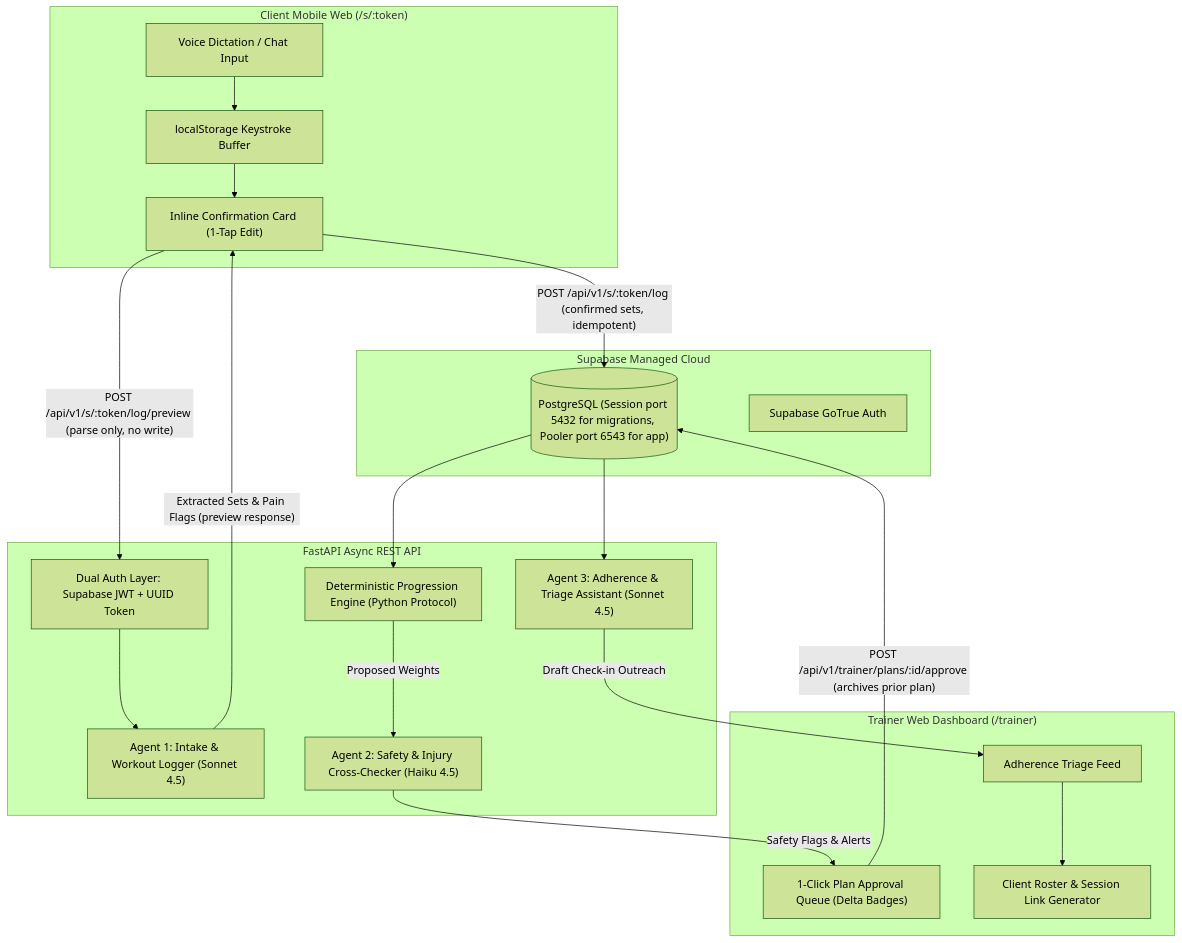
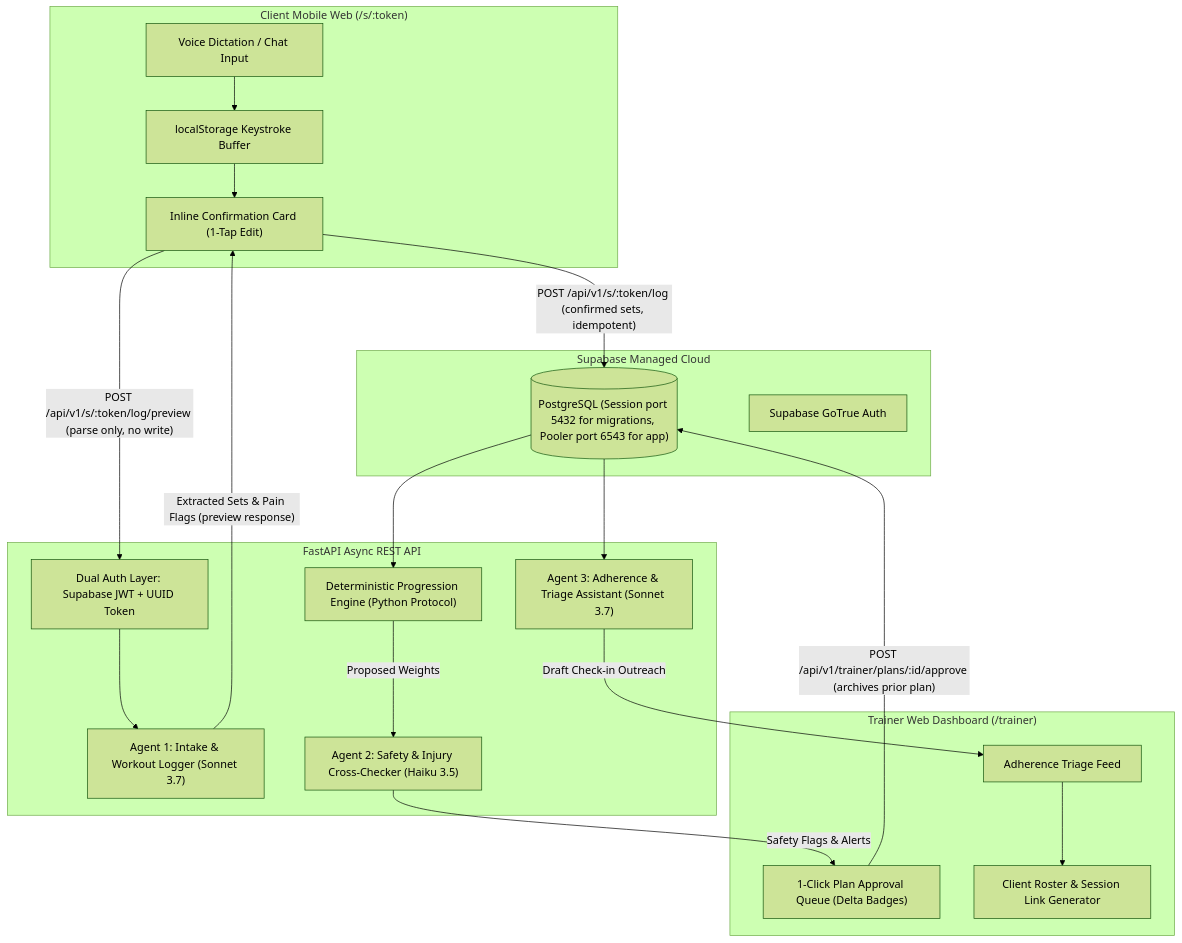
Before and after one commit to justin-day-pursuit/trainer-agent-app: the first of 2 diagrams in documents/09-implementation-plan.md, drawn with Mermaid (forest theme). The commit also changed other lines of this file and 16 other files, not shown here.

Commit message:
docs(models): pin agents to latest available Claude models (Claude 3.7 Sonnet front-facing, Claude 3.5 Haiku backend)

````diff
--- a/documents/09-implementation-plan.md
+++ b/documents/09-implementation-plan.md
@@ -42,38 +42,38 @@
 ```mermaid
 flowchart TD
     subgraph ClientMobile ["Client Mobile Web (/s/:token)"]
         A["Voice Dictation / Chat Input"] --> B["localStorage Keystroke Buffer"]
         B --> C["Inline Confirmation Card (1-Tap Edit)"]
     end
 
     subgraph BackendAPI ["FastAPI Async REST API"]
         D["Dual Auth Layer: Supabase JWT + UUID Token"]
-        E["Agent 1: Intake & Workout Logger (Sonnet 4.5)"]
+        E["Agent 1: Intake & Workout Logger (Sonnet 3.7)"]
         F["Deterministic Progression Engine (Python Protocol)"]
-        G["Agent 2: Safety & Injury Cross-Checker (Haiku 4.5)"]
-        H["Agent 3: Adherence & Triage Assistant (Sonnet 4.5)"]
+        G["Agent 2: Safety & Injury Cross-Checker (Haiku 3.5)"]
+        H["Agent 3: Adherence & Triage Assistant (Sonnet 3.7)"]
     end
 
     subgraph DataStore ["Supabase Managed Cloud"]
         I[("PostgreSQL (Session port 5432 for migrations, Pooler port 6543 for app)")]
         J["Supabase GoTrue Auth"]
     end
 
     subgraph TrainerPortal ["Trainer Web Dashboard (/trainer)"]
         K["Adherence Triage Feed"]
         L["1-Click Plan Approval Queue (Delta Badges)"]
         M["Client Roster & Session Link Generator"]
     end
 
     C -->|"POST /api/v1/s/:token/log/preview (parse only, no write)"| D
     D --> E
     E -->|"Extracted Sets & Pain Flags (preview response)"| C
     C -->|"POST /api/v1/s/:token/log (confirmed sets, idempotent)"| I
     I --> F
     F -->|Proposed Weights| G
     G -->|Safety Flags & Alerts| L
     L -->|"POST /api/v1/trainer/plans/:id/approve (archives prior plan)"| I
     I --> H
     H -->|Draft Check-in Outreach| K
     K --> M
 ```
````
